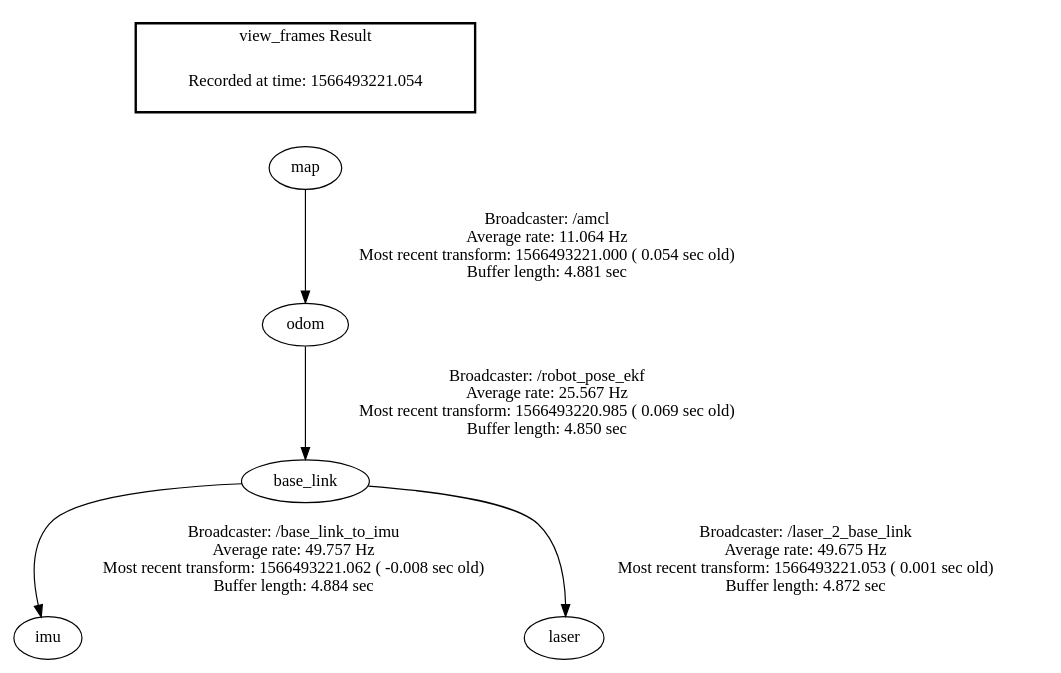
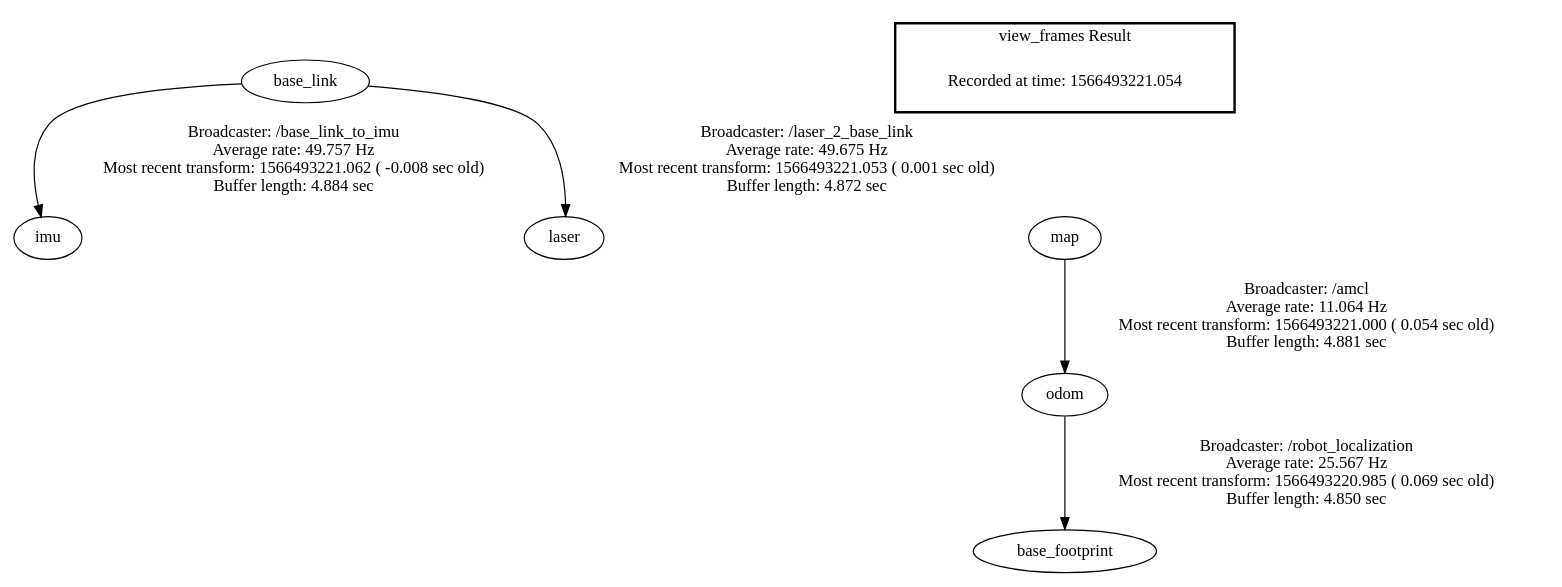
The diagram in thesis/img/racing_tf_tree.gv (simonrozsival/racer), drawn with Graphviz before and after one commit. The commit also changed 164 other files, not shown here.

```diff
--- a/thesis/img/racing_tf_tree.gv
+++ b/thesis/img/racing_tf_tree.gv
@@ -1,10 +1,10 @@
 digraph G {
 "base_link" -> "imu"[label="Broadcaster: /base_link_to_imu\nAverage rate: 49.757 Hz\nMost recent transform: 1566493221.062 ( -0.008 sec old)\nBuffer length: 4.884 sec\n"];
-"odom" -> "base_link"[label="Broadcaster: /robot_pose_ekf\nAverage rate: 25.567 Hz\nMost recent transform: 1566493220.985 ( 0.069 sec old)\nBuffer length: 4.850 sec\n"];
+"odom" -> "base_footprint"[label="Broadcaster: /robot_localization\nAverage rate: 25.567 Hz\nMost recent transform: 1566493220.985 ( 0.069 sec old)\nBuffer length: 4.850 sec\n"];
 "base_link" -> "laser"[label="Broadcaster: /laser_2_base_link\nAverage rate: 49.675 Hz\nMost recent transform: 1566493221.053 ( 0.001 sec old)\nBuffer length: 4.872 sec\n"];
 "map" -> "odom"[label="Broadcaster: /amcl\nAverage rate: 11.064 Hz\nMost recent transform: 1566493221.000 ( 0.054 sec old)\nBuffer length: 4.881 sec\n"];
 edge [style=invis];
  subgraph cluster_legend { style=bold; color=black; label ="view_frames Result";
 "Recorded at time: 1566493221.054"[ shape=plaintext ] ;
  }->"map";
 }
```
